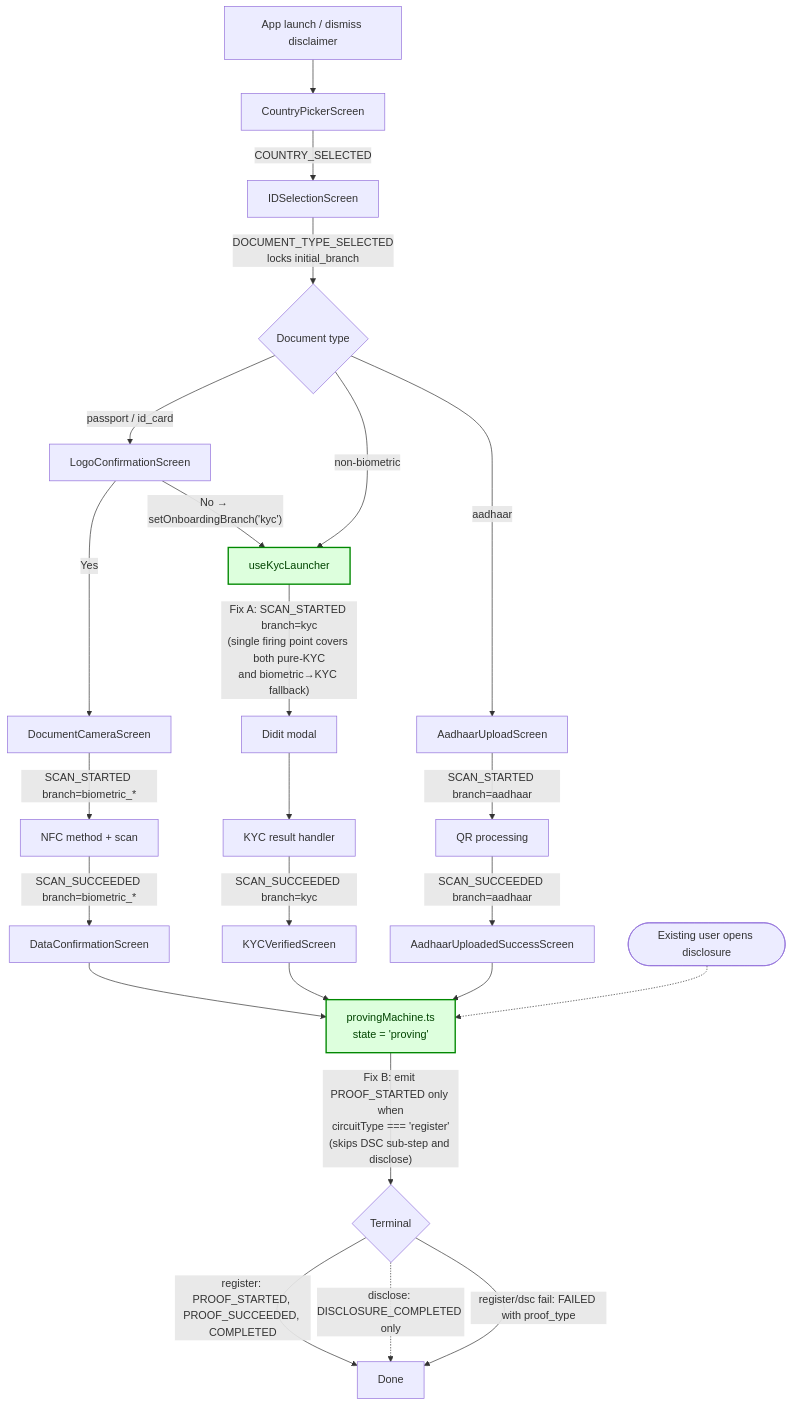
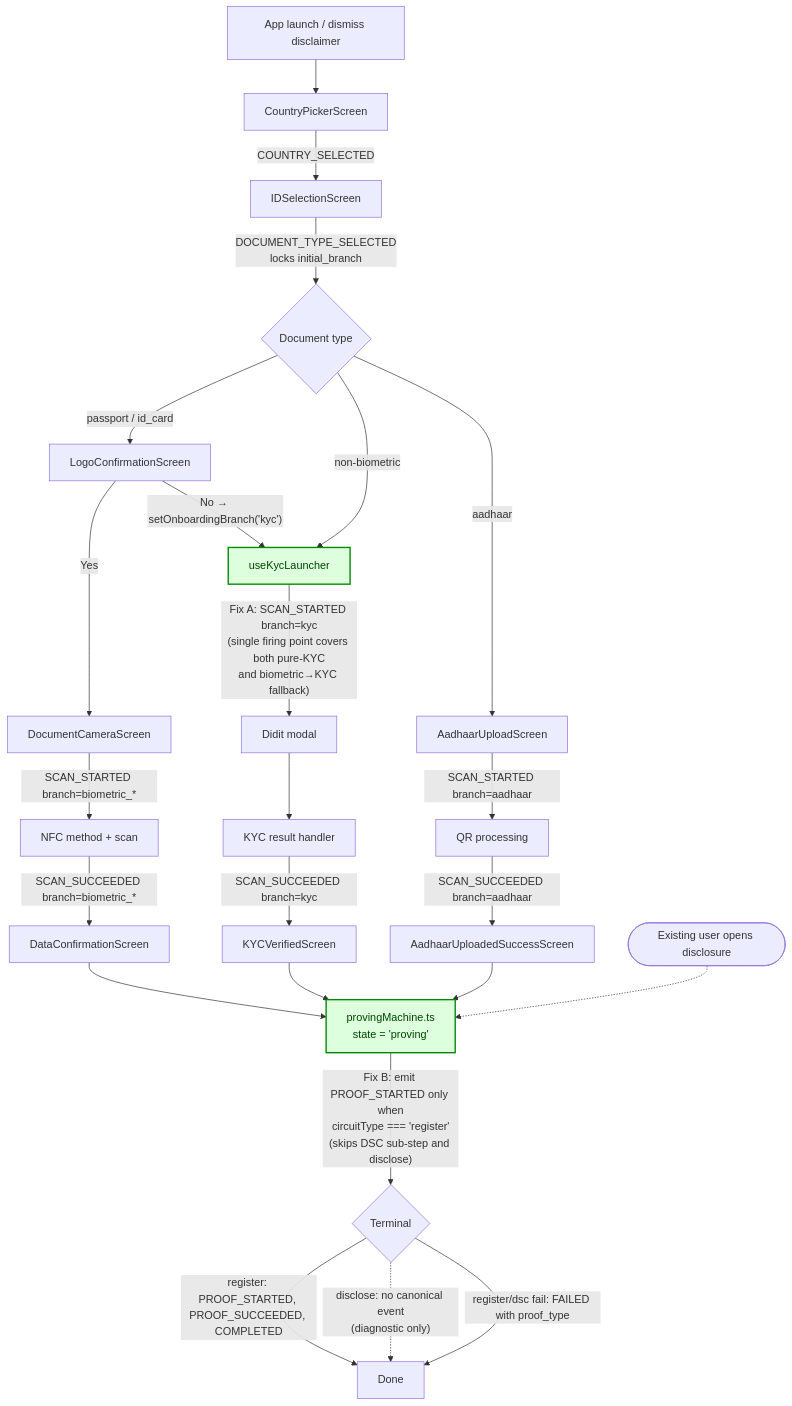
One commit to selfxyz/self changed the second of 3 diagrams in specs/projects/sdk/workstreams/analytics/plans/ANA-11-canonical-funnel-bug-fixes.md. Above: the diagram before and after it, drawn with Mermaid. The commit also changed other lines of this file and 3 other files, not shown here.

First line of the commit message:
refactor(analytics): remove Onboarding: Disclosure Completed

````diff
--- a/specs/projects/sdk/workstreams/analytics/plans/ANA-11-canonical-funnel-bug-fixes.md
+++ b/specs/projects/sdk/workstreams/analytics/plans/ANA-11-canonical-funnel-bug-fixes.md
@@ -116,38 +116,38 @@
 ```mermaid
 flowchart TD
     A[App launch / dismiss disclaimer]
     A --> B[CountryPickerScreen]
     B -->|COUNTRY_SELECTED| C[IDSelectionScreen]
     C -->|"DOCUMENT_TYPE_SELECTED<br/>locks initial_branch"| D{Document type}
 
     D -->|passport / id_card| E[LogoConfirmationScreen]
     D -->|non-biometric| KH[useKycLauncher]
     D -->|aadhaar| AA[AadhaarUploadScreen]
 
     E -->|Yes| F[DocumentCameraScreen]
     E -->|"No → setOnboardingBranch('kyc')"| KH
 
     F -->|"SCAN_STARTED branch=biometric_*"| G[NFC method + scan]
     G -->|"SCAN_SUCCEEDED branch=biometric_*"| H[DataConfirmationScreen]
 
     KH -->|"Fix A: SCAN_STARTED branch=kyc<br/>(single firing point covers both pure-KYC<br/>and biometric→KYC fallback)"| KM[Didit modal]
     KM --> KR[KYC result handler]
     KR -->|"SCAN_SUCCEEDED branch=kyc"| KV[KYCVerifiedScreen]
 
     AA -->|"SCAN_STARTED branch=aadhaar"| AP[QR processing]
     AP -->|"SCAN_SUCCEEDED branch=aadhaar"| AS[AadhaarUploadedSuccessScreen]
 
     H --> P["provingMachine.ts<br/>state = 'proving'"]
     KV --> P
     AS --> P
     DX([Existing user opens disclosure]) -.-> P
 
     P -->|"Fix B: emit PROOF_STARTED only when<br/>circuitType === 'register'<br/>(skips DSC sub-step and disclose)"| T{Terminal}
     T -->|"register: PROOF_STARTED, PROOF_SUCCEEDED, COMPLETED"| Z[Done]
-    T -.->|"disclose: DISCLOSURE_COMPLETED only"| Z
+    T -.->|"disclose: no canonical event<br/>(diagnostic only)"| Z
     T -->|"register/dsc fail: FAILED with proof_type"| Z
 
     KH:::fixed
     P:::fixed
     classDef fixed fill:#dfd,stroke:#080,stroke-width:2px,color:#040
 ```
````
